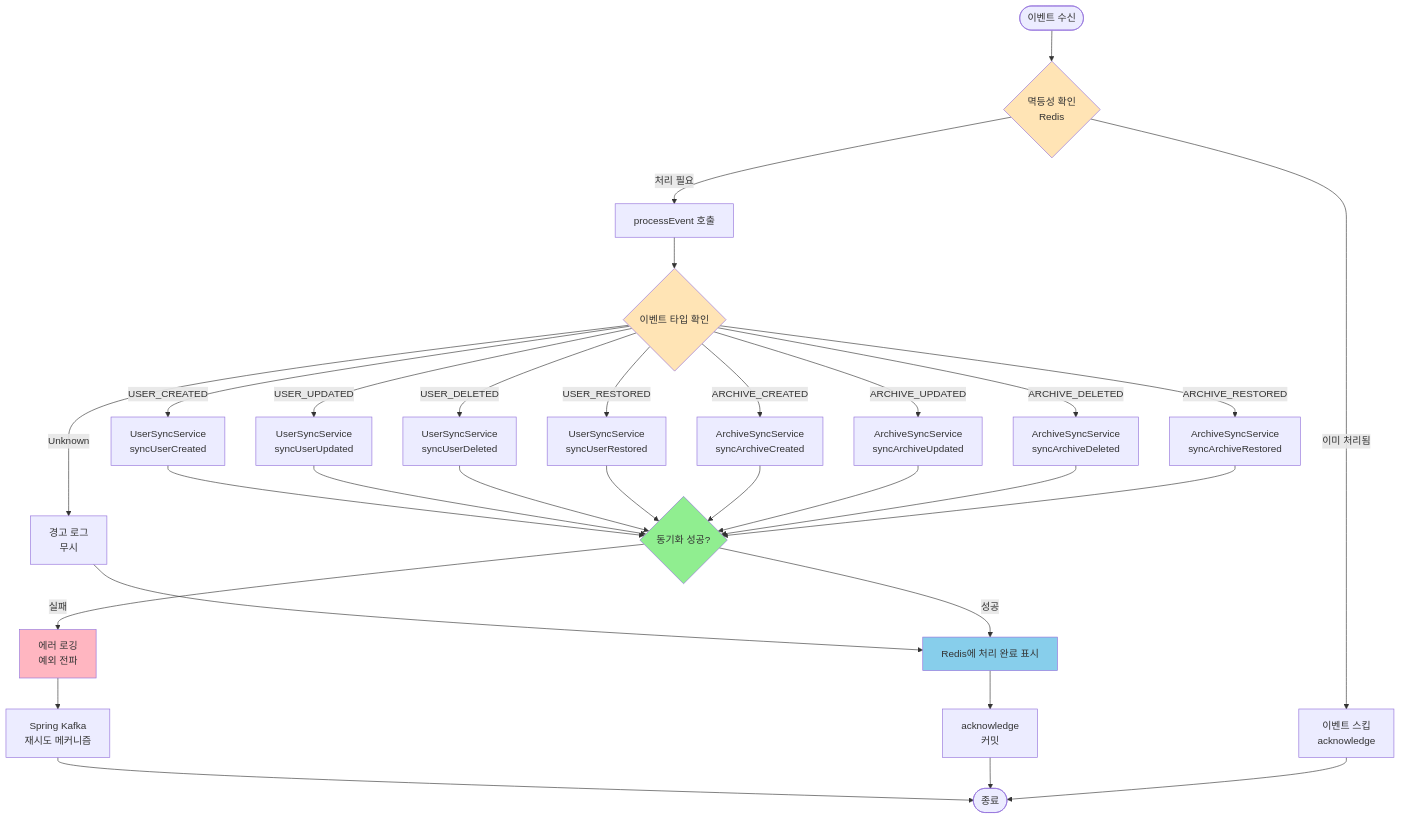
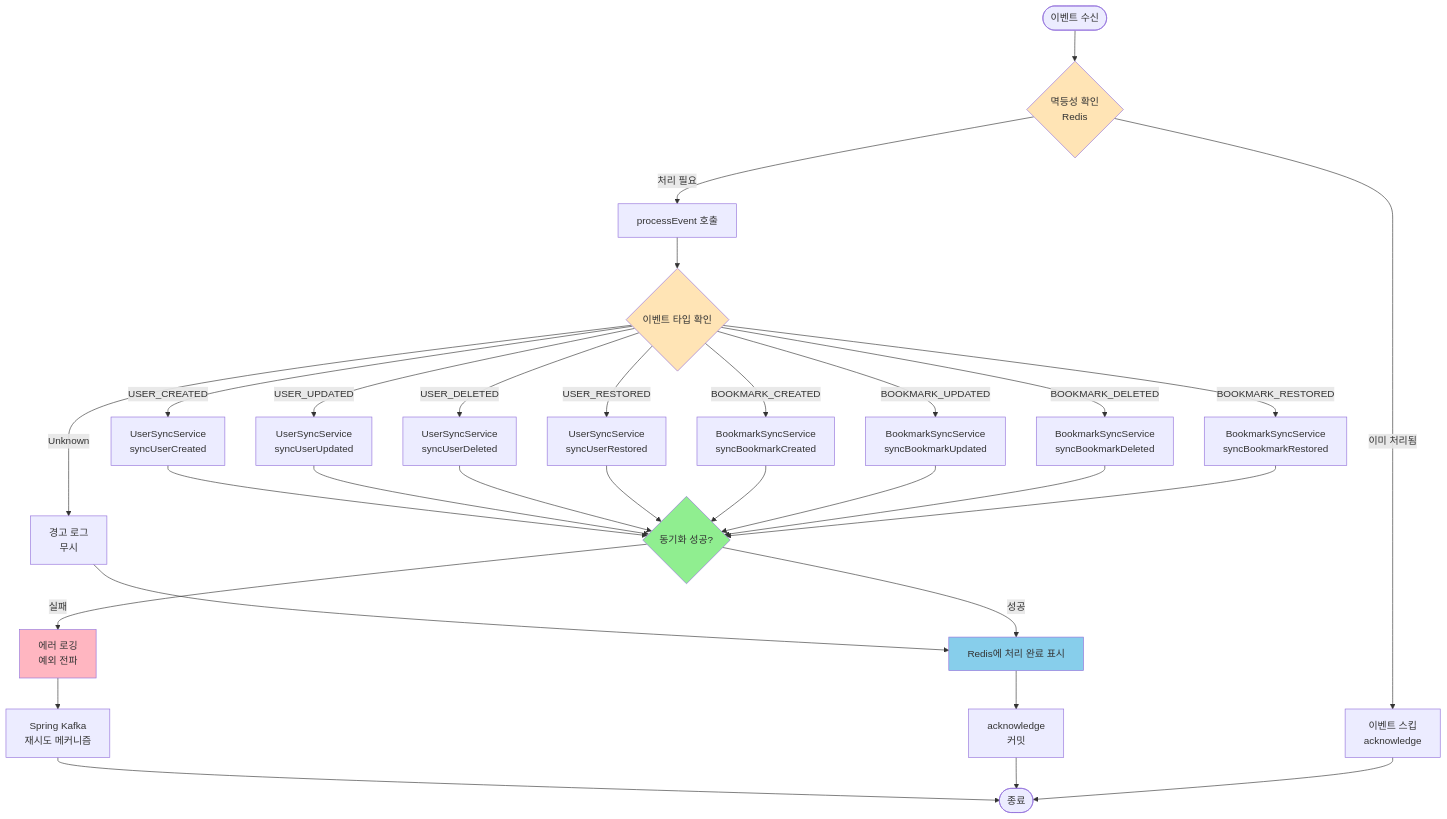
The sixth of 8 diagrams in docs/step11/cqrs-kafka-sync-design.md (thswlsqls/tech-n-ai), drawn with Mermaid before and after one commit. The commit also changed other lines of this file and 68 other files, not shown here.

````diff
--- a/docs/step11/cqrs-kafka-sync-design.md
+++ b/docs/step11/cqrs-kafka-sync-design.md
@@ -1497,45 +1497,45 @@
 ```mermaid
 flowchart TD
     Start([이벤트 수신]) --> CheckIdempotency{멱등성 확인<br/>Redis}
     CheckIdempotency -->|이미 처리됨| Skip[이벤트 스킵<br/>acknowledge]
     CheckIdempotency -->|처리 필요| ProcessEvent[processEvent 호출]
     
     ProcessEvent --> EventType{이벤트 타입 확인}
     
     EventType -->|USER_CREATED| UserCreated[UserSyncService<br/>syncUserCreated]
     EventType -->|USER_UPDATED| UserUpdated[UserSyncService<br/>syncUserUpdated]
     EventType -->|USER_DELETED| UserDeleted[UserSyncService<br/>syncUserDeleted]
     EventType -->|USER_RESTORED| UserRestored[UserSyncService<br/>syncUserRestored]
     
-    EventType -->|ARCHIVE_CREATED| ArchiveCreated[ArchiveSyncService<br/>syncArchiveCreated]
-    EventType -->|ARCHIVE_UPDATED| ArchiveUpdated[ArchiveSyncService<br/>syncArchiveUpdated]
-    EventType -->|ARCHIVE_DELETED| ArchiveDeleted[ArchiveSyncService<br/>syncArchiveDeleted]
-    EventType -->|ARCHIVE_RESTORED| ArchiveRestored[ArchiveSyncService<br/>syncArchiveRestored]
+    EventType -->|BOOKMARK_CREATED| BookmarkCreated[BookmarkSyncService<br/>syncBookmarkCreated]
+    EventType -->|BOOKMARK_UPDATED| BookmarkUpdated[BookmarkSyncService<br/>syncBookmarkUpdated]
+    EventType -->|BOOKMARK_DELETED| BookmarkDeleted[BookmarkSyncService<br/>syncBookmarkDeleted]
+    EventType -->|BOOKMARK_RESTORED| BookmarkRestored[BookmarkSyncService<br/>syncBookmarkRestored]
     
     EventType -->|Unknown| UnknownEvent[경고 로그<br/>무시]
     
     UserCreated --> SyncSuccess{동기화 성공?}
     UserUpdated --> SyncSuccess
     UserDeleted --> SyncSuccess
     UserRestored --> SyncSuccess
-    ArchiveCreated --> SyncSuccess
-    ArchiveUpdated --> SyncSuccess
-    ArchiveDeleted --> SyncSuccess
-    ArchiveRestored --> SyncSuccess
+    BookmarkCreated --> SyncSuccess
+    BookmarkUpdated --> SyncSuccess
+    BookmarkDeleted --> SyncSuccess
+    BookmarkRestored --> SyncSuccess
     UnknownEvent --> MarkProcessed
     
     SyncSuccess -->|성공| MarkProcessed[Redis에 처리 완료 표시]
     SyncSuccess -->|실패| ErrorLog[에러 로깅<br/>예외 전파]
     ErrorLog --> Retry[Spring Kafka<br/>재시도 메커니즘]
     
     MarkProcessed --> Commit[acknowledge<br/>커밋]
     Retry --> End([종료])
     Commit --> End
     Skip --> End
     
     style CheckIdempotency fill:#FFE4B5
     style EventType fill:#FFE4B5
     style SyncSuccess fill:#90EE90
     style ErrorLog fill:#FFB6C1
     style MarkProcessed fill:#87CEEB
 ```
````
